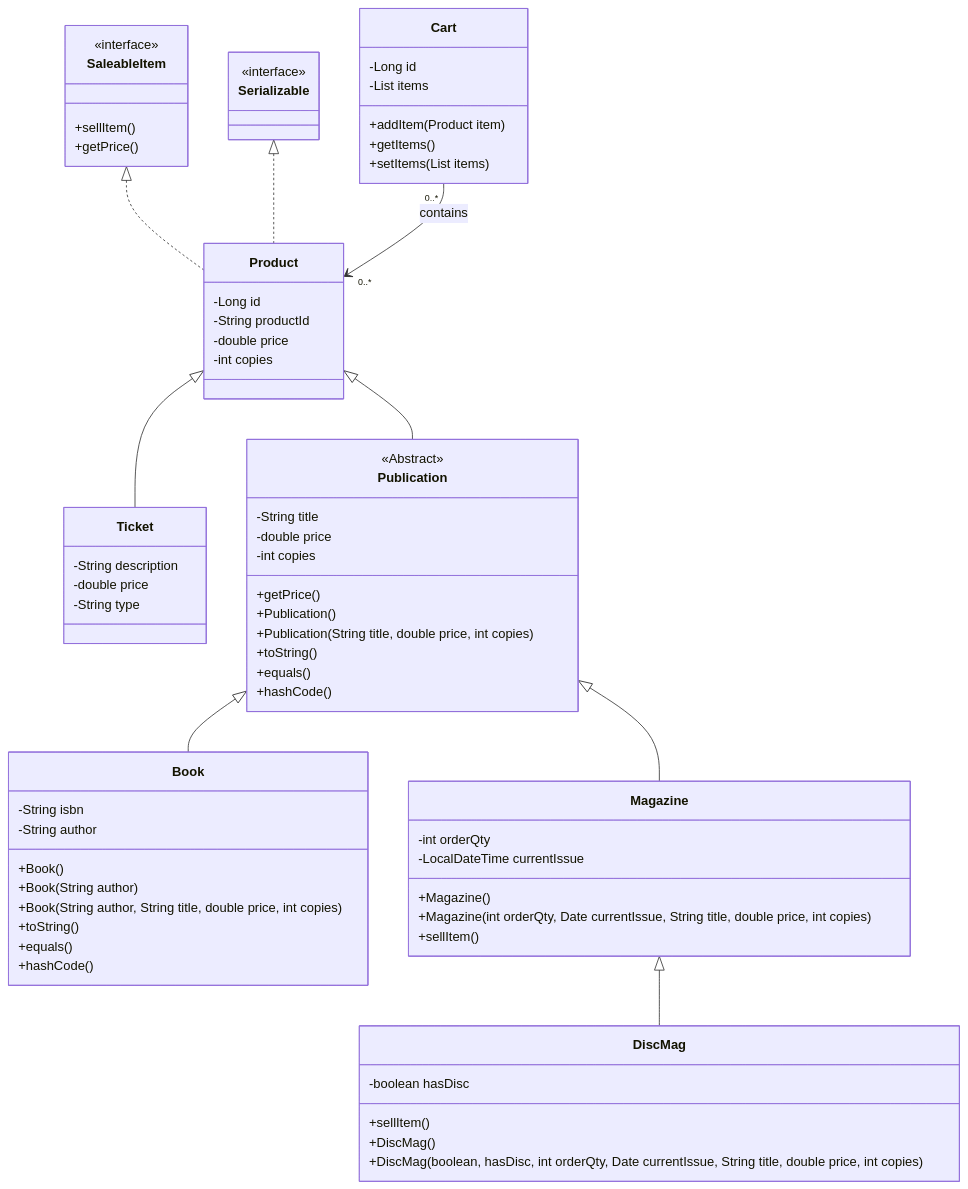
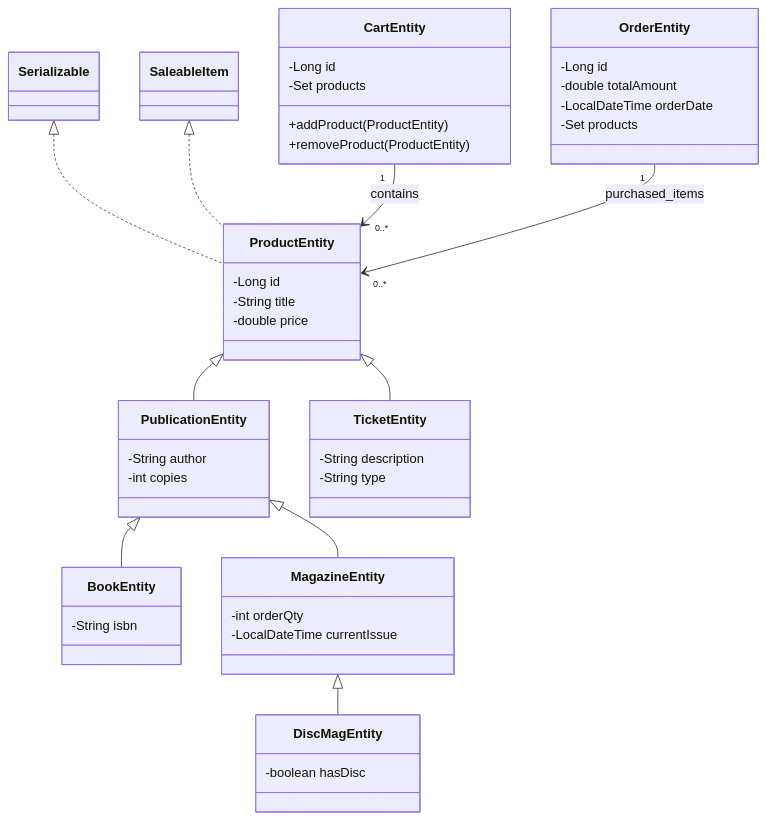
The diagram in documentation/bookstore.f25-2025-11-17-211001.mmd (hannacollegeCA/csd230_w26.lab1.BarbaraHanna), drawn with Mermaid before and after one commit. The commit also changed 29 other files, not shown here.

Commit message:
Add full Lab 2 solution including OrderEntity, checkout process, stock decrement, and evidence screenshots

```diff
--- a/documentation/bookstore.f25-2025-11-17-211001.mmd
+++ b/documentation/bookstore.f25-2025-11-17-211001.mmd
@@ -1,88 +1,61 @@
 classDiagram
 
-    Product <|--Ticket
-    Product <|--Publication
-    Publication <|-- Book
-    Publication <|-- Magazine
-    Magazine <|-- DiscMag
-    SaleableItem <|.. Product
-    Serializable <|.. Product
-    Cart "0..*" --> "0..*" Product : contains
+%% Interfaces
+Serializable <|.. ProductEntity
+SaleableItem <|.. ProductEntity
 
+%% Product hierarchy
+ProductEntity <|-- PublicationEntity
+ProductEntity <|-- TicketEntity
+PublicationEntity <|-- BookEntity
+PublicationEntity <|-- MagazineEntity
+MagazineEntity <|-- DiscMagEntity
 
-    class Product{
-        -Long id
-        -String productId
-        -double price
-        -int copies
-    }
+%% Cart relationship
+CartEntity "1" --> "0..*" ProductEntity : contains
 
-    class Serializable{
-        <<interface>>
-    }
+%% Order relationship
+OrderEntity "1" --> "0..*" ProductEntity : purchased_items
 
-    class Cart{
-        -Long id
-        -List items
-        +addItem(Product item)
-        +getItems()
-        +setItems(List items)
-    }
+class ProductEntity {
+    -Long id
+    -String title
+    -double price
+}
 
+class PublicationEntity {
+    -String author
+    -int copies
+}
 
-    class Publication{
-        <<Abstract>>
-        -String title
-        -double price
-        -int copies
-        +getPrice()
+class BookEntity {
+    -String isbn
+}
 
-        +Publication()
-        +Publication(String title, double price, int copies)
-        +toString()
-        +equals()
-        +hashCode()
+class MagazineEntity {
+    -int orderQty
+    -LocalDateTime currentIssue
+}
 
-    }
-    class Book{
-        -String isbn
-        -String author
+class DiscMagEntity {
+    -boolean hasDisc
+}
 
-        +Book()
-        +Book(String author)
-        +Book(String author, String title, double price, int copies)
-        +toString()
-        +equals()
-        +hashCode()
+class TicketEntity {
+    -String description
+    -String type
+}
 
-    }
-    class Magazine{
-        -int orderQty
-        -LocalDateTime currentIssue
+class CartEntity {
+    -Long id
+    -Set<ProductEntity> products
+    +addProduct(ProductEntity)
+    +removeProduct(ProductEntity)
+}
 
-        +Magazine()
-        +Magazine(int orderQty, Date currentIssue, String title, double price, int copies)
-
-        +sellItem()
-    }
-    class DiscMag{
-        -boolean hasDisc
-        +sellItem()
-
-        +DiscMag()
-        +DiscMag(boolean, hasDisc, int orderQty, Date currentIssue, String title, double price, int copies)
-
-    }
-
-    class SaleableItem {
-        <<interface>>
-        +sellItem()
-        +getPrice()
-
-    }
-
-    class Ticket {
-    -String description
-    -double price
-    -String type
-    }
+class OrderEntity {
+    -Long id
+    -double totalAmount
+    -LocalDateTime orderDate
+    -Set<ProductEntity> products
+}
```
